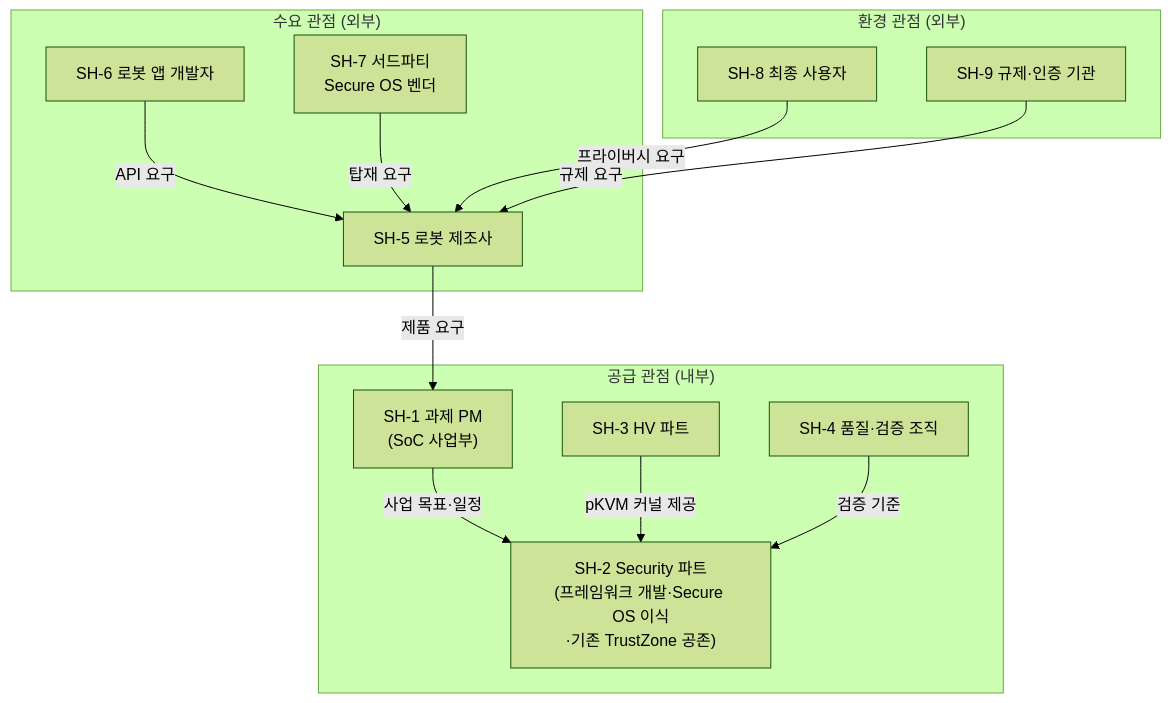
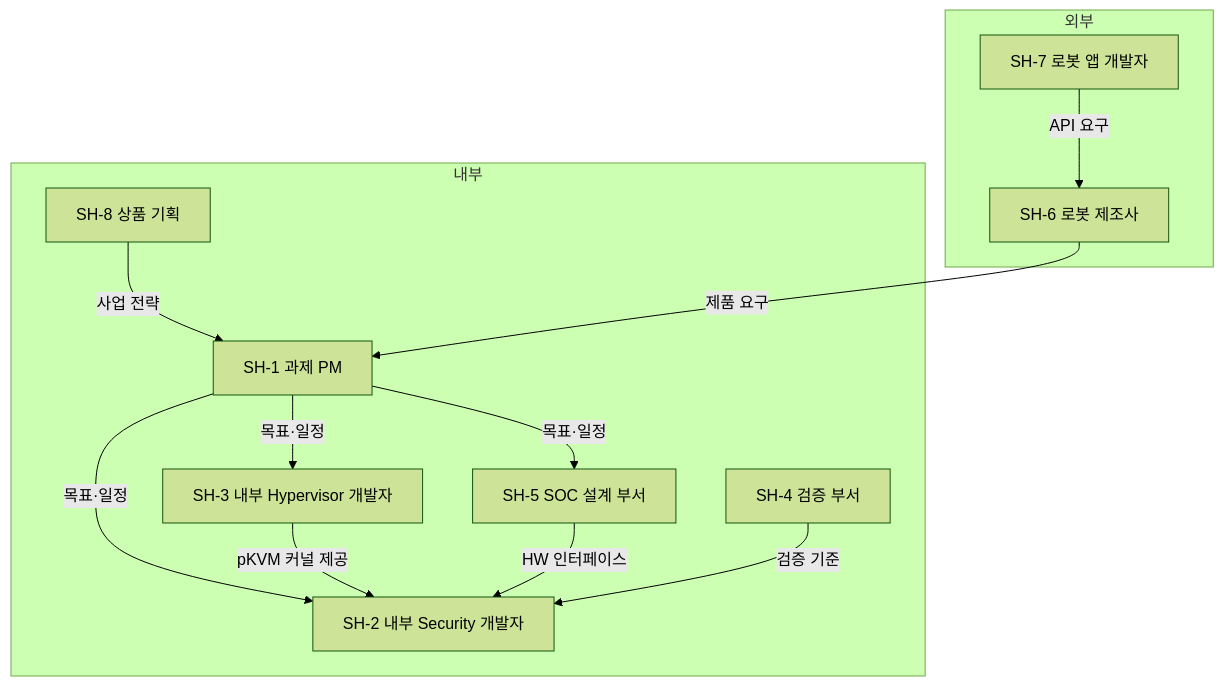
One commit to boram1288/test-p changed the diagram in docs/01_requirements_collection.md. Above: the diagram before and after it, drawn with Mermaid (forest theme). The commit also changed other lines of this file and 4 other files, not shown here.

````diff
--- a/docs/01_requirements_collection.md
+++ b/docs/01_requirements_collection.md
@@ -34,27 +32,25 @@
 ```mermaid
 flowchart TB
-    subgraph supply["공급 관점 (내부)"]
-        SH1["SH-1 과제 PM<br/>(SoC 사업부)"]
-        SH2["SH-2 Security 파트<br/>(프레임워크 개발·Secure OS 이식<br/>·기존 TrustZone 공존)"]
-        SH3["SH-3 HV 파트"]
-        SH4["SH-4 품질·검증 조직"]
+    subgraph internal["내부"]
+        SH8["SH-8 상품 기획"]
+        SH1["SH-1 과제 PM"]
+        SH2["SH-2 내부 Security 개발자"]
+        SH3["SH-3 내부 Hypervisor 개발자"]
+        SH4["SH-4 검증 부서"]
+        SH5["SH-5 SOC 설계 부서"]
     end
-    subgraph demand["수요 관점 (외부)"]
-        SH5["SH-5 로봇 제조사"]
-        SH6["SH-6 로봇 앱 개발자"]
-        SH7["SH-7 서드파티<br/>Secure OS 벤더"]
-    end
-    subgraph env["환경 관점 (외부)"]
-        SH8["SH-8 최종 사용자"]
-        SH9["SH-9 규제·인증 기관"]
+    subgraph external["외부"]
+        SH6["SH-6 로봇 제조사"]
+        SH7["SH-7 로봇 앱 개발자"]
     end
 
-    SH1 -->|"사업 목표·일정"| SH2
+    SH8 -->|"사업 전략"| SH1
+    SH1 -->|"목표·일정"| SH2
+    SH1 -->|"목표·일정"| SH3
+    SH1 -->|"목표·일정"| SH5
     SH3 -->|"pKVM 커널 제공"| SH2
+    SH5 -->|"HW 인터페이스"| SH2
     SH4 -->|"검증 기준"| SH2
-    SH5 -->|"제품 요구"| SH1
-    SH6 -->|"API 요구"| SH5
-    SH7 -->|"탑재 요구"| SH5
-    SH8 -->|"프라이버시 요구"| SH5
-    SH9 -->|"규제 요구"| SH5
+    SH6 -->|"제품 요구"| SH1
+    SH7 -->|"API 요구"| SH6
 ```
````
